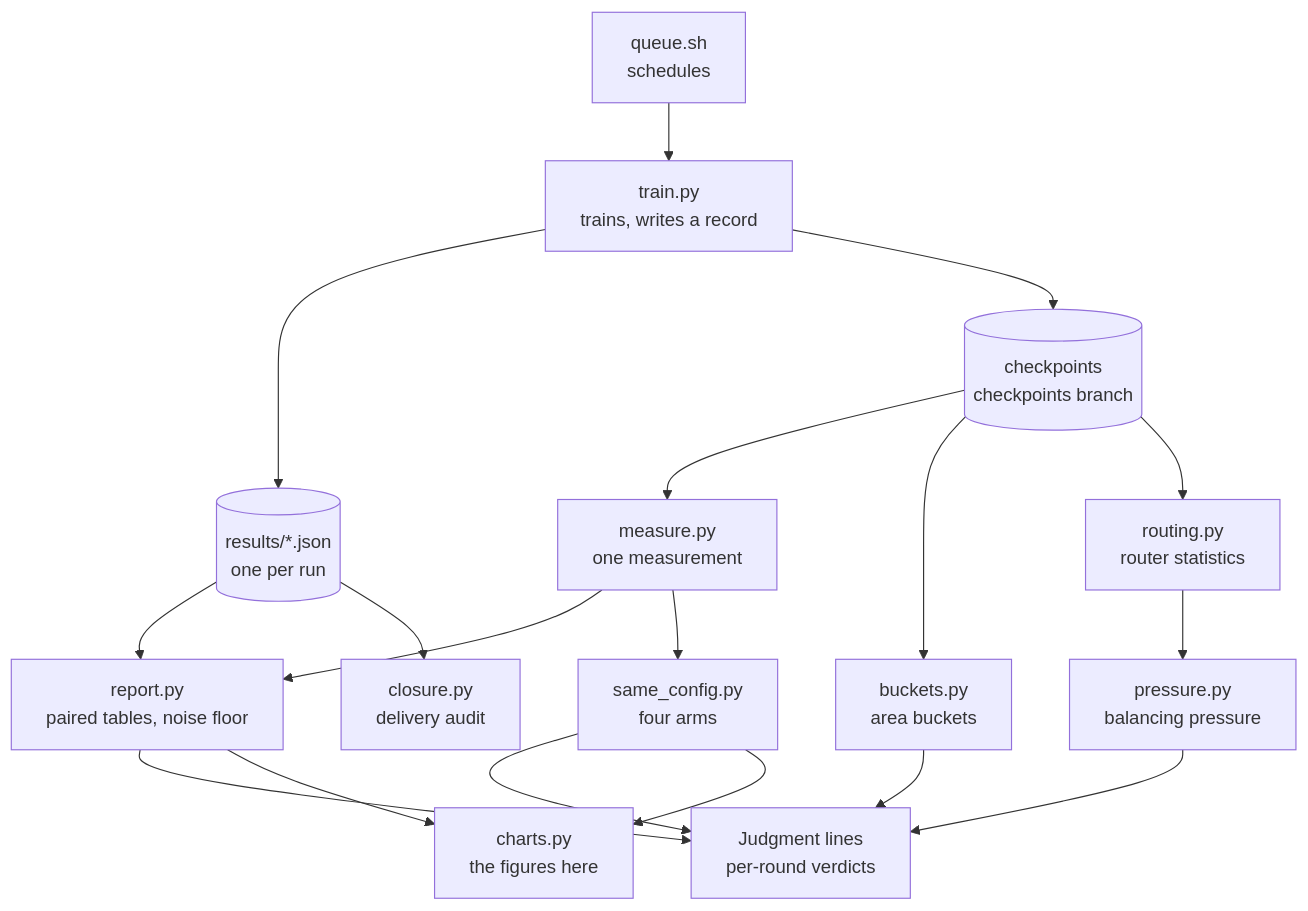
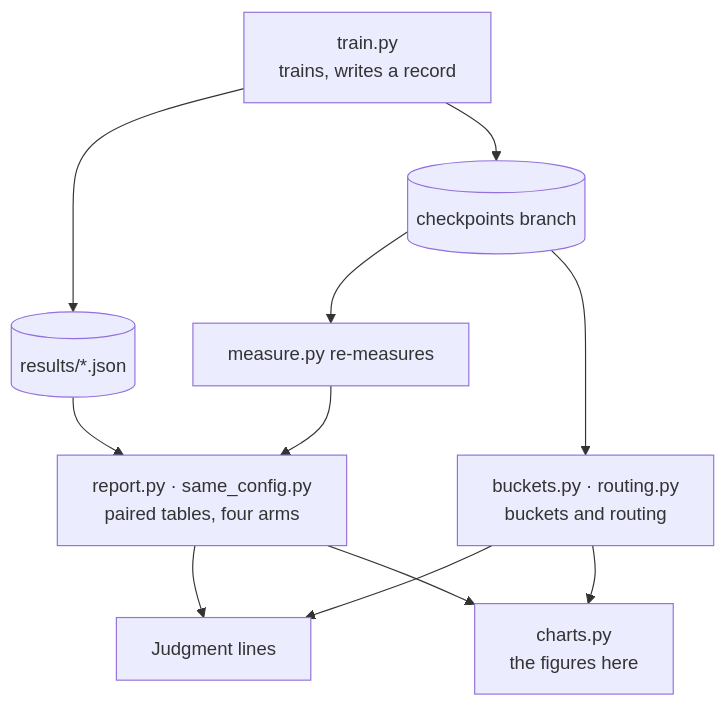
Before and after one commit to Lfan-ke/ES-MoE: the diagram in docs/experiments.en.md, drawn with Mermaid. The commit also changed other lines of this file and 28 other files, not shown here.

Commit message:
docs(site): a figure for every result, dark-aware diagrams, libraries loaded on demand, and corrected comparisons.

````diff
--- a/docs/experiments.en.md
+++ b/docs/experiments.en.md
@@ -55,20 +76,13 @@
 ```mermaid
 flowchart TB
-    Q["queue.sh<br/>schedules"] --> T["train.py<br/>trains, writes a record"]
-    T --> R[("results/*.json<br/>one per run")]
-    T --> W[("checkpoints<br/>checkpoints branch")]
-    W --> M["measure.py<br/>one measurement"]
-    W --> B["buckets.py<br/>area buckets"]
-    W --> RT["routing.py<br/>router statistics"]
-    RT --> P["pressure.py<br/>balancing pressure"]
-    R --> RP["report.py<br/>paired tables, noise floor"]
-    M --> RP
-    M --> SC["same_config.py<br/>four arms"]
-    R --> CL["closure.py<br/>delivery audit"]
-    RP --> J["Judgment lines<br/>per-round verdicts"]
-    SC --> J
-    B --> J
+    T["train.py<br/>trains, writes a record"] --> R[("results/*.json")]
+    T --> W[("checkpoints branch")]
+    W --> M["measure.py re-measures"]
+    W --> A["buckets.py · routing.py<br/>buckets and routing"]
+    R --> P["report.py · same_config.py<br/>paired tables, four arms"]
+    M --> P
+    A --> J["Judgment lines"]
     P --> J
-    RP --> CH["charts.py<br/>the figures here"]
-    SC --> CH
+    P --> C["charts.py<br/>the figures here"]
+    A --> C
 ```
````
